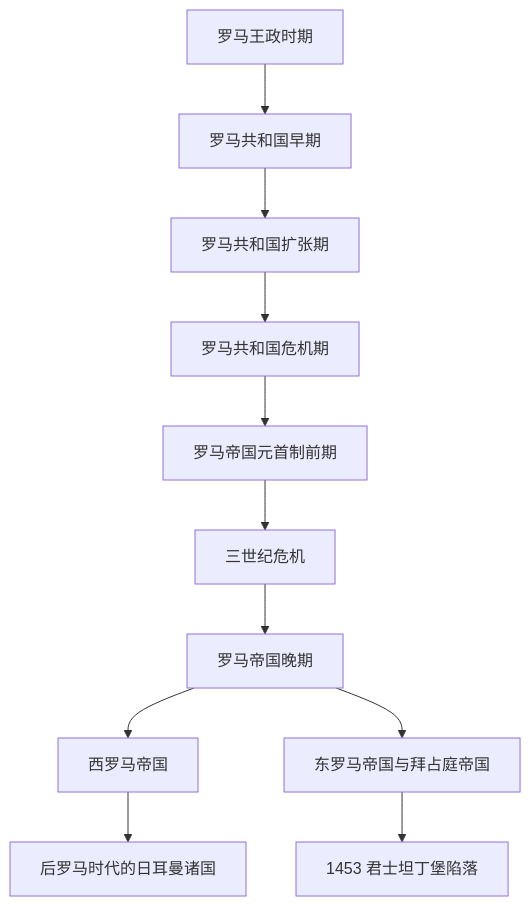
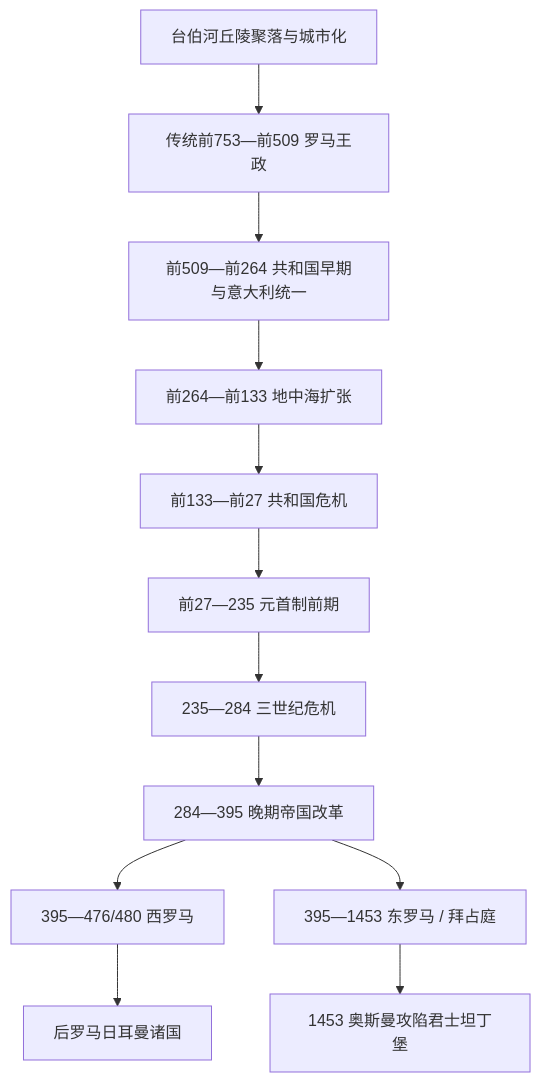
The diagram in 人文科学/历史/欧洲/_通史/古罗马/README.md (tianlan-dev/learning-notes), drawn with Mermaid before and after one commit. The commit also changed other lines of this file and 1417 other files, not shown here.

````diff
--- a/人文科学/历史/欧洲/_通史/古罗马/README.md
+++ b/人文科学/历史/欧洲/_通史/古罗马/README.md
@@ -25,22 +17,14 @@
 ```mermaid
 flowchart TD
-    N0["罗马王政时期"]
-    N1["罗马共和国早期"]
-    N2["罗马共和国扩张期"]
-    N3["罗马共和国危机期"]
-    N4["罗马帝国元首制前期"]
-    N5["三世纪危机"]
-    N6["罗马帝国晚期"]
-    N7["西罗马帝国"]
-    N8["东罗马帝国与拜占庭帝国"]
-    N0 --> N1
-    N1 --> N2
-    N2 --> N3
-    N3 --> N4
-    N4 --> N5
-    N5 --> N6
-    N6 --> N7
-    N6 --> N8
-    N7 --> Germanic["后罗马时代的日耳曼诸国"]
-    N8 --> ByzantineEnd["1453 君士坦丁堡陷落"]
+    Villages["台伯河丘陵聚落与城市化"] --> Kingdom["传统前753—前509 罗马王政"]
+    Kingdom --> Early["前509—前264 共和国早期与意大利统一"]
+    Early --> Expansion["前264—前133 地中海扩张"]
+    Expansion --> Crisis["前133—前27 共和国危机"]
+    Crisis --> Principate["前27—235 元首制前期"]
+    Principate --> Third["235—284 三世纪危机"]
+    Third --> Late["284—395 晚期帝国改革"]
+    Late --> West["395—476/480 西罗马"]
+    Late --> East["395—1453 东罗马 / 拜占庭"]
+    West --> Germanic["后罗马日耳曼诸国"]
+    East --> Ottoman["1453 奥斯曼攻陷君士坦丁堡"]
 ```
````
